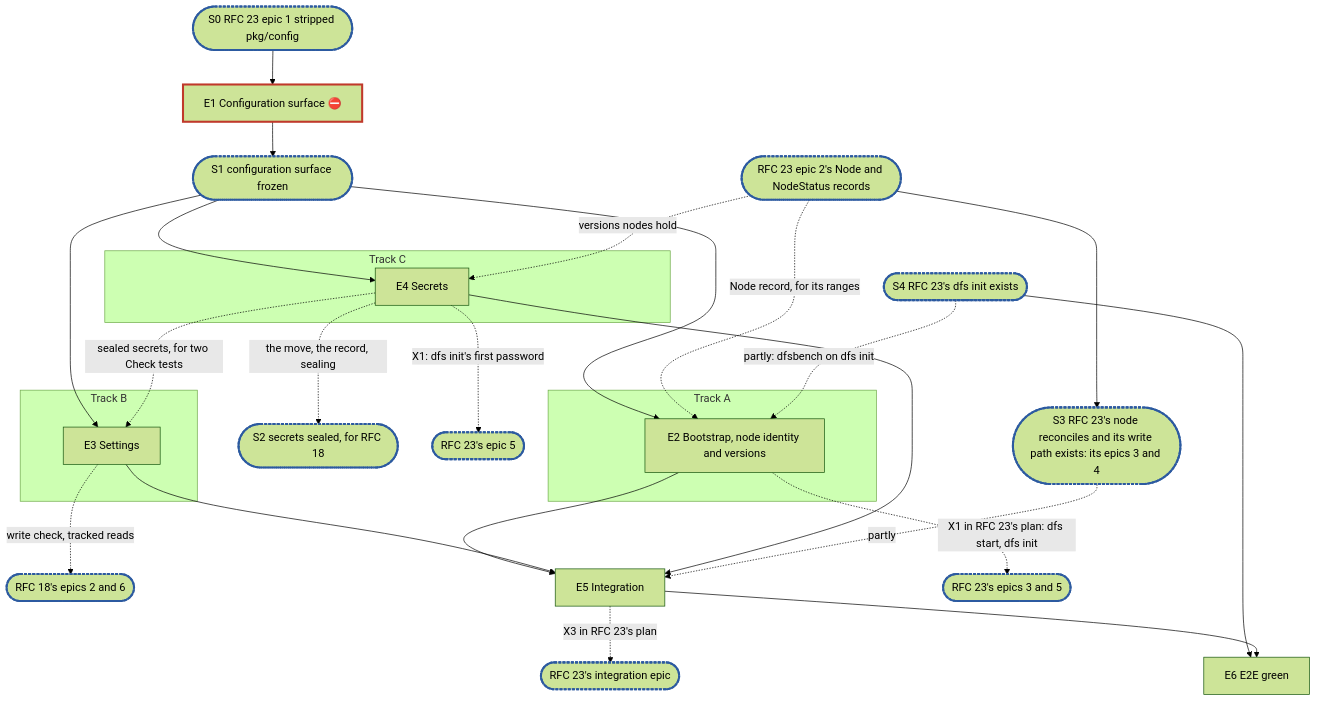
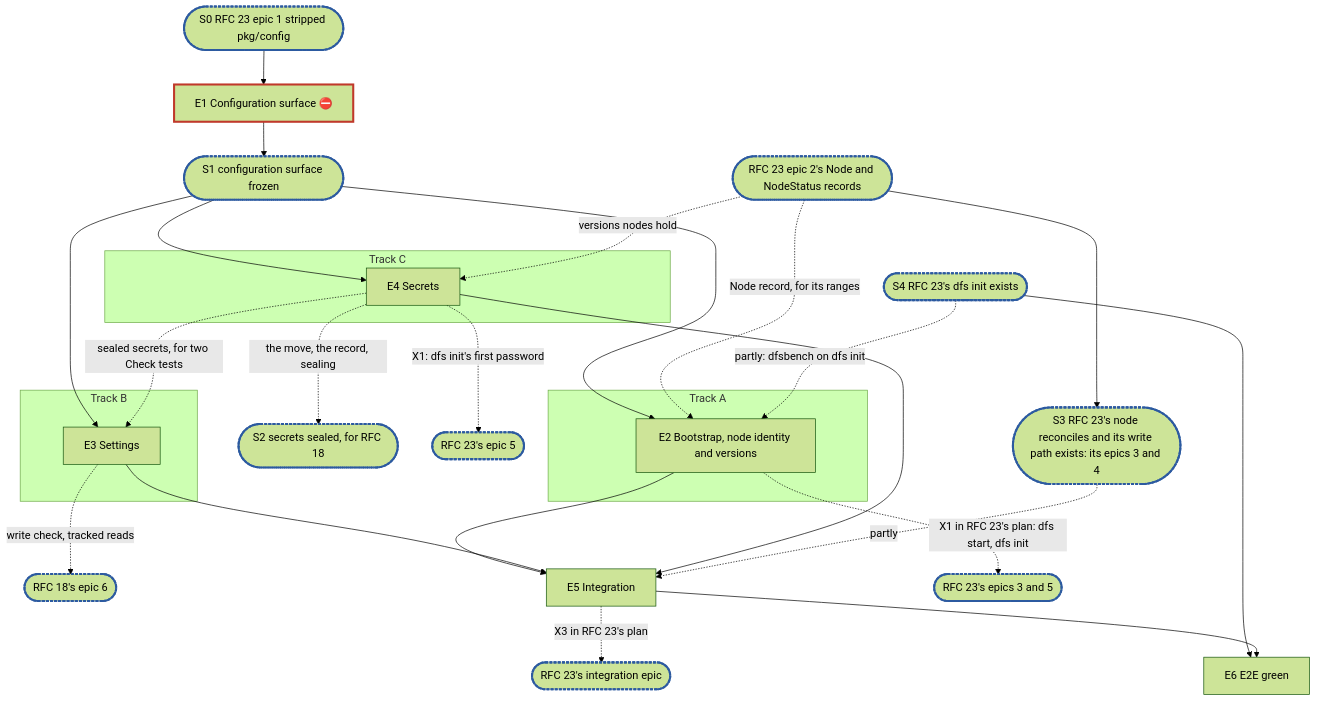
The diagram in docs/internals/planning/rfc-13-config-plan.md (cubbit/dittofs), drawn with Mermaid (forest theme) before and after one commit. The commit also changed other lines of this file, not shown here.

````diff
--- a/docs/internals/planning/rfc-13-config-plan.md
+++ b/docs/internals/planning/rfc-13-config-plan.md
@@ -312,33 +312,33 @@
 ```mermaid
 flowchart TD
   X0(["S0 RFC 23 epic 1 stripped pkg/config"]):::sync --> E1["E1 Configuration surface ⛔"]:::blocker
   E1 --> S1(["S1 configuration surface frozen"]):::sync
   subgraph A["Track A"]
     E2["E2 Bootstrap, node identity and versions"]
   end
   subgraph B["Track B"]
     E3["E3 Settings"]
   end
   subgraph C["Track C"]
     E4["E4 Secrets"]
   end
   S1 --> E2 & E3 & E4
   R2(["RFC 23 epic 2's Node and NodeStatus records"]):::sync
   R2 -. "Node record, for its ranges" .-> E2
   R2 -. "versions nodes hold" .-> E4
   E4 -. "the move, the record, sealing" .-> S2(["S2 secrets sealed, for RFC 18"]):::sync
   E4 -. "sealed secrets, for two Check tests" .-> E3
-  E3 -. "write check, tracked reads" .-> R18(["RFC 18's epics 2 and 6"]):::sync
+  E3 -. "write check, tracked reads" .-> R18(["RFC 18's epic 6"]):::sync
   S3(["S3 RFC 23's node reconciles and its write path exists: its epics 3 and 4"]):::sync
   R2 --> S3
   E2 & E3 & E4 --> E5["E5 Integration"]
   S3 -. "partly" .-> E5
   E2 -. "X1 in RFC 23's plan: dfs start, dfs init" .-> R35(["RFC 23's epics 3 and 5"]):::sync
   E4 -. "X1: dfs init's first password" .-> R5(["RFC 23's epic 5"]):::sync
   S4(["S4 RFC 23's dfs init exists"]):::sync --> E6["E6 E2E green"]
   S4 -. "partly: dfsbench on dfs init" .-> E2
   E5 -. "X3 in RFC 23's plan" .-> R7(["RFC 23's integration epic"]):::sync
   E5 --> E6
   classDef blocker stroke:#c0392b,stroke-width:3px
   classDef sync stroke:#2c5aa0,stroke-width:3px,stroke-dasharray:4 2
 ```
````
